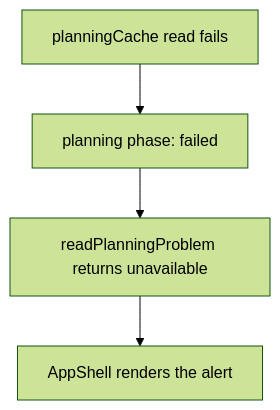
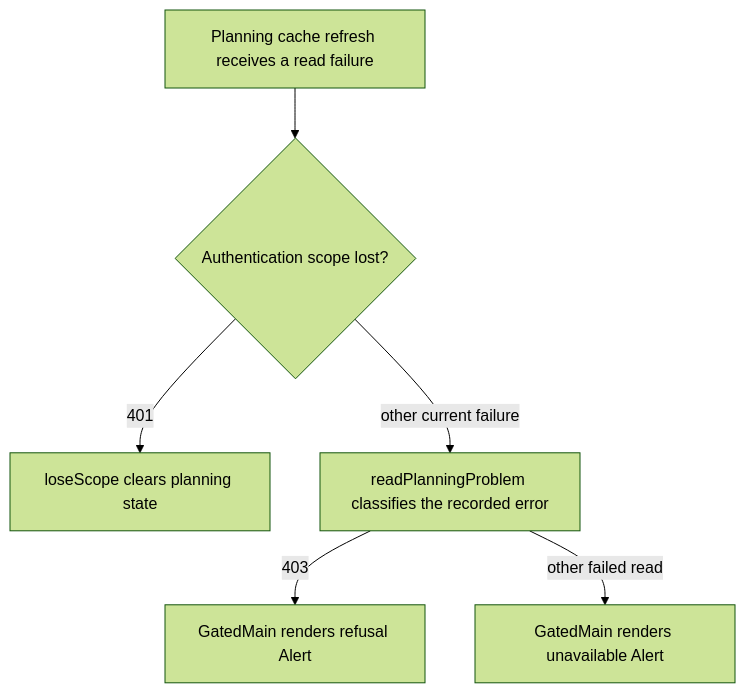
The second of 2 diagrams in user-stories/navigation/US-NAV-20-company-load-recovery.md (Kevinjohn/capacitylens), drawn with Mermaid (forest theme) before and after one commit. The commit also changed other lines of this file and 172 other files, not shown here.

Commit message:
docs: reconcile user story code flows with source

````diff
--- a/user-stories/navigation/US-NAV-20-company-load-recovery.md
+++ b/user-stories/navigation/US-NAV-20-company-load-recovery.md
@@ -30,6 +32,8 @@
 ```mermaid
 flowchart TD
-  read["planningCache read fails"] --> phase["planning phase: failed"]
-  phase --> notice["readPlanningProblem returns unavailable"]
-  notice --> shell["AppShell renders the alert"]
+  read["Planning cache refresh receives a read failure"] --> scope{"Authentication scope lost?"}
+  scope -->|401| clear["loseScope clears planning state"]
+  scope -->|other current failure| problem["readPlanningProblem classifies the recorded error"]
+  problem -->|403| refused["GatedMain renders refusal Alert"]
+  problem -->|other failed read| unavailable["GatedMain renders unavailable Alert"]
 ```
````
